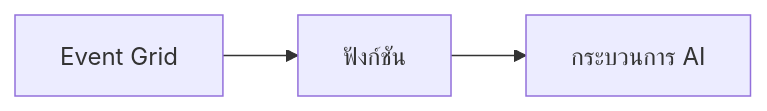
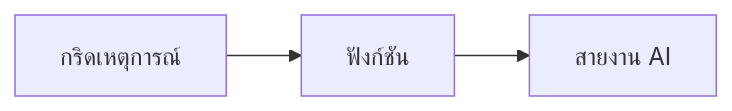
Before and after one commit to microsoft/AZD-for-beginners: the second of 2 diagrams in translations/th/docs/chapter-08-production/README.md, drawn with Mermaid. The commit also changed other lines of this file and 101 other files, not shown here.

````diff
--- a/translations/th/docs/chapter-08-production/README.md
+++ b/translations/th/docs/chapter-08-production/README.md
@@ -54,4 +56,4 @@
 ```mermaid
 graph LR
-    EventGrid[Event Grid] --> Functions[ฟังก์ชัน] --> Pipeline[กระบวนการ AI]
+    EventGrid[กริดเหตุการณ์] --> Functions[ฟังก์ชัน] --> Pipeline[สายงาน AI]
 ```
````
